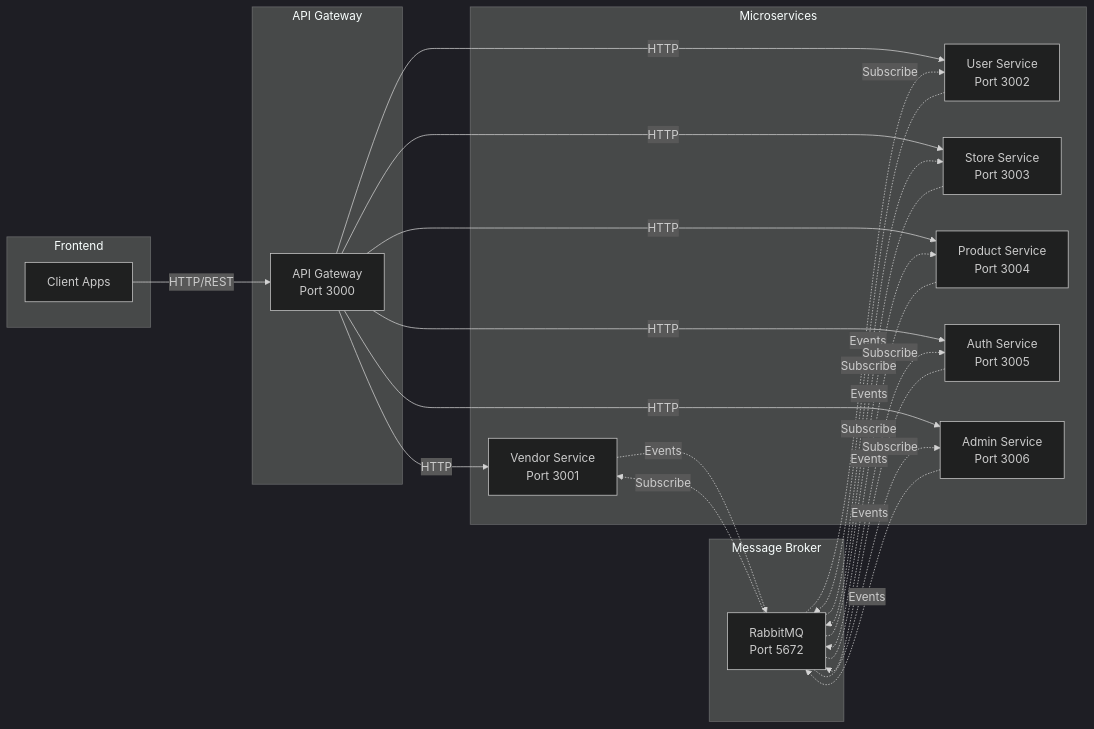
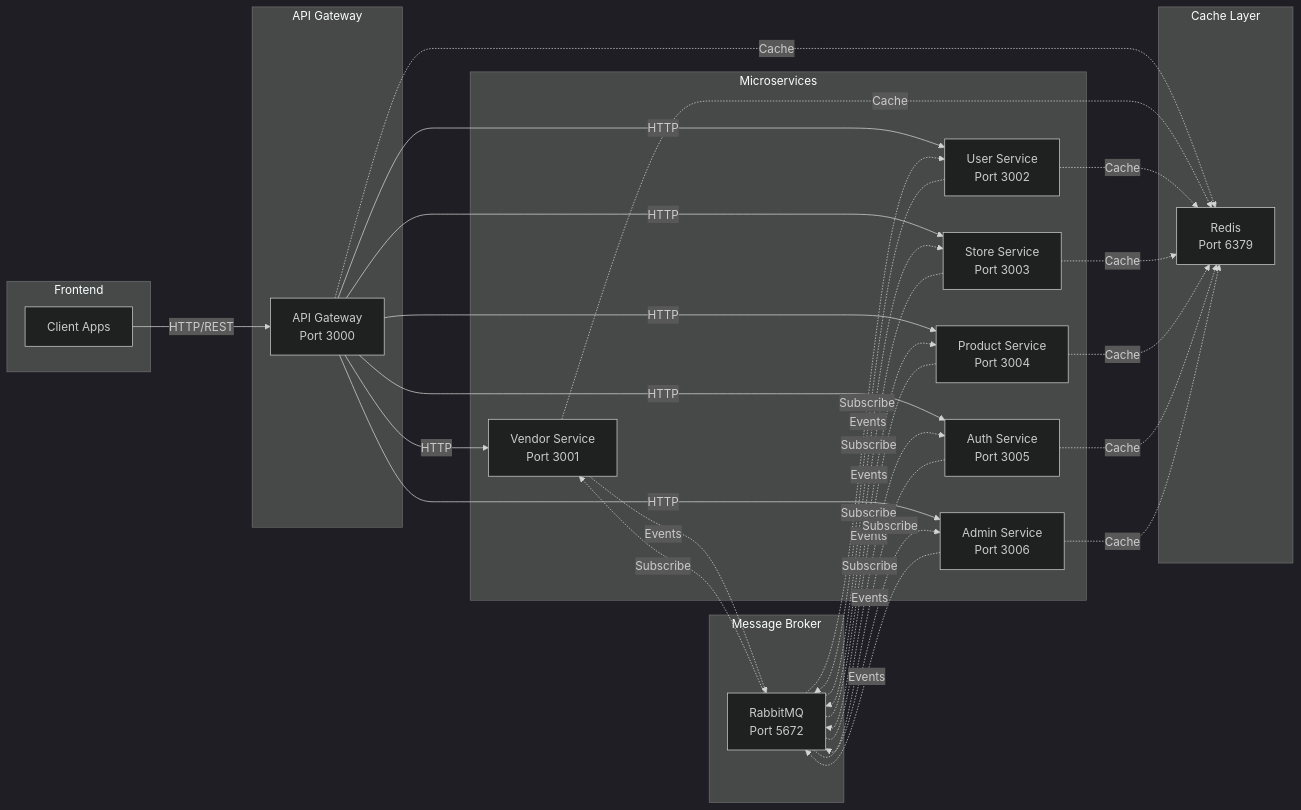
The second of 11 diagrams in plans/ARCHITECTURE_DIAGRAM.md (Miri121/my-mall), drawn with Mermaid (dark theme) before and after one commit. The commit also changed other lines of this file and 4 other files, not shown here.

````diff
--- a/plans/ARCHITECTURE_DIAGRAM.md
+++ b/plans/ARCHITECTURE_DIAGRAM.md
@@ -121,45 +130,57 @@
 ```mermaid
 graph LR
     subgraph "Frontend"
         Client[Client Apps]
     end
 
     subgraph "API Gateway"
         Gateway[API Gateway<br/>Port 3000]
     end
 
     subgraph "Microservices"
         Vendor[Vendor Service<br/>Port 3001]
         User[User Service<br/>Port 3002]
         Store[Store Service<br/>Port 3003]
         Product[Product Service<br/>Port 3004]
         Auth[Auth Service<br/>Port 3005]
         Admin[Admin Service<br/>Port 3006]
     end
 
     subgraph "Message Broker"
         RabbitMQ[RabbitMQ<br/>Port 5672]
     end
 
+    subgraph "Cache Layer"
+        Redis[Redis<br/>Port 6379]
+    end
+
     Client -->|HTTP/REST| Gateway
     Gateway -->|HTTP| Vendor
     Gateway -->|HTTP| User
     Gateway -->|HTTP| Store
     Gateway -->|HTTP| Product
     Gateway -->|HTTP| Auth
     Gateway -->|HTTP| Admin
+
+    Gateway -.->|Cache| Redis
+    Vendor -.->|Cache| Redis
+    User -.->|Cache| Redis
+    Store -.->|Cache| Redis
+    Product -.->|Cache| Redis
+    Auth -.->|Cache| Redis
+    Admin -.->|Cache| Redis
 
     Vendor -.->|Events| RabbitMQ
     User -.->|Events| RabbitMQ
     Store -.->|Events| RabbitMQ
     Product -.->|Events| RabbitMQ
     Auth -.->|Events| RabbitMQ
     Admin -.->|Events| RabbitMQ
 
     RabbitMQ -.->|Subscribe| Vendor
     RabbitMQ -.->|Subscribe| User
     RabbitMQ -.->|Subscribe| Store
     RabbitMQ -.->|Subscribe| Product
     RabbitMQ -.->|Subscribe| Auth
     RabbitMQ -.->|Subscribe| Admin
 ```
````
